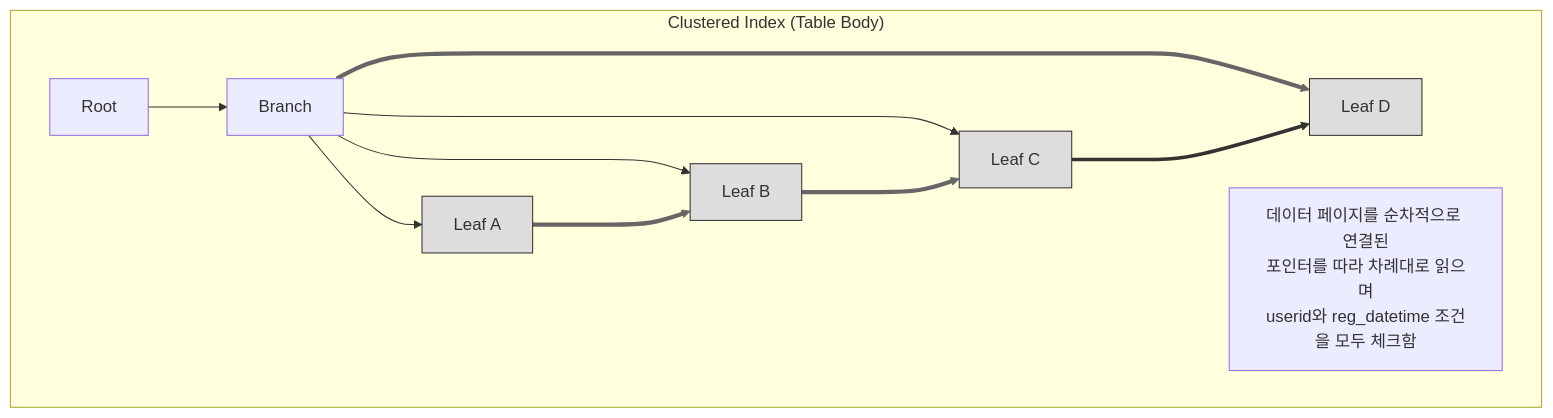
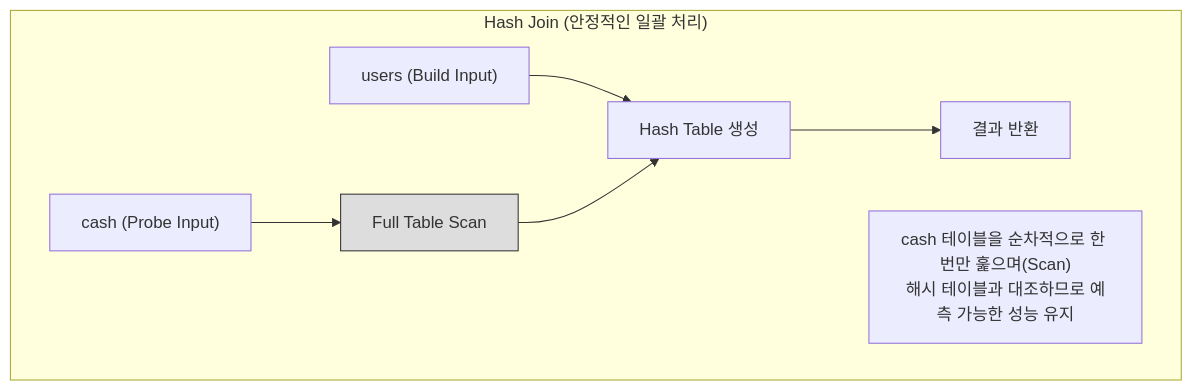
One commit to muzzaiwork/candidate changed the first of 4 diagrams in troubleshooting/payletter_index_optimization.md. Above: the diagram before and after it, drawn with Mermaid. The commit also changed other lines of this file, not shown here.

Commit message:
Refactor scenario to join strategy change (Hash to Nested Loop) causing performance drop

````diff
--- a/troubleshooting/payletter_index_optimization.md
+++ b/troubleshooting/payletter_index_optimization.md
@@ -47,19 +47,13 @@
 ```mermaid
 graph TD
-    subgraph "Clustered Index (Table Body)"
-        Root1["Root"] --> B1["Branch"]
-        B1 --> L1["Leaf A"]
-        B1 --> L2["Leaf B"]
-        B1 --> L3["Leaf C"]
-        B1 --> L4["Leaf D"]
+    subgraph "Hash Join (안정적인 일괄 처리)"
+        U["users (Build Input)"] --> H["Hash Table 생성"]
+        C["cash (Probe Input)"] --> S["Full Table Scan"]
+        S --> H
+        H --> R["결과 반환"]
         
-        L1 ===> L2 ===> L3 ===> L4
-        note1["데이터 페이지를 순차적으로 연결된<br/>포인터를 따라 차례대로 읽으며<br/>userid와 reg_datetime 조건을 모두 체크함"]
+        note1["cash 테이블을 순차적으로 한 번만 훑으며(Scan)<br/>해시 테이블과 대조하므로 예측 가능한 성능 유지"]
     end
     
-    style L1 fill:#ddd,stroke:#333
-    style L2 fill:#ddd,stroke:#333
-    style L3 fill:#ddd,stroke:#333
-    style L4 fill:#ddd,stroke:#333
-    linkStyle 4,5,6 stroke:#666,stroke-width:4px
+    style S fill:#ddd,stroke:#333
 ```
````
